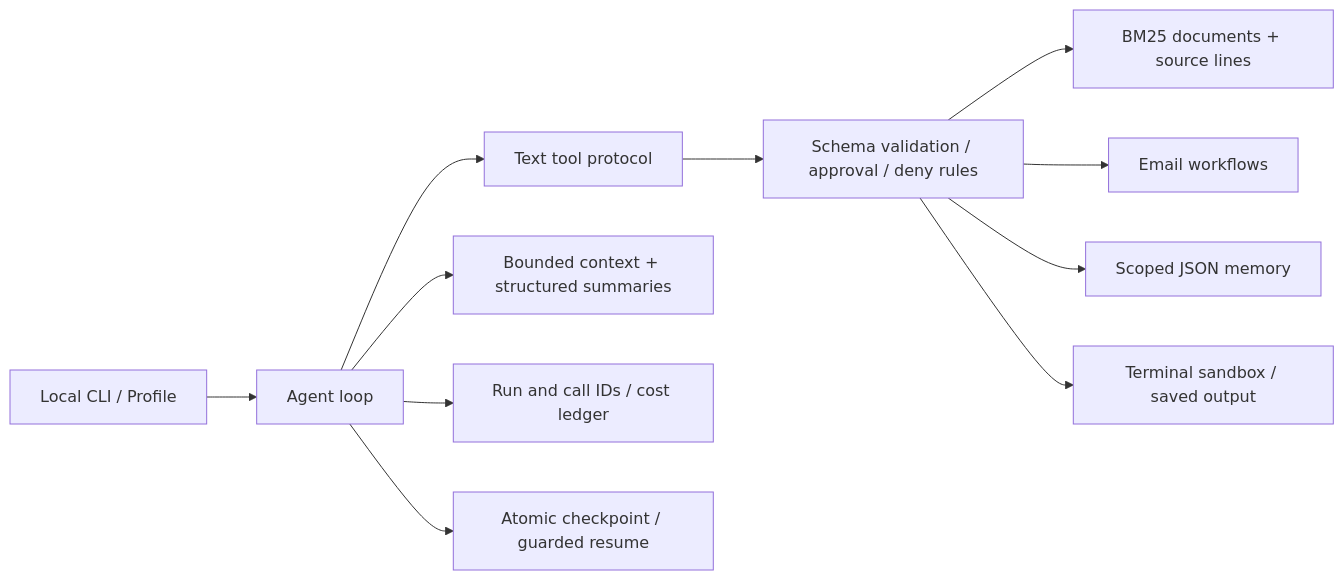
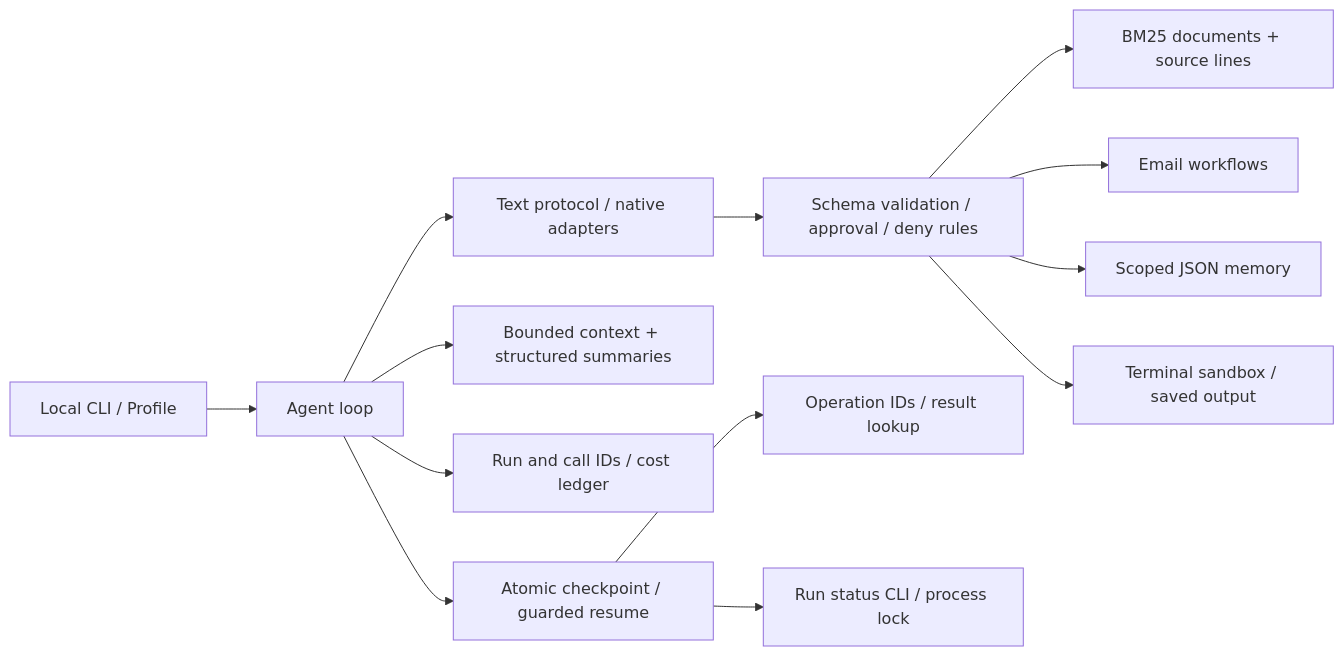
One commit to willamsc/agent-harness-from-scratch changed the diagram in README.md. Above: the diagram before and after it, drawn with Mermaid. The commit also changed other lines of this file and 39 other files, not shown here.

Commit message:
feat(harness): add operation reconciliation and native tool adapters

````diff
--- a/README.md
+++ b/README.md
@@ -130,13 +152,15 @@
 ```mermaid
 flowchart LR
     CLI[Local CLI / Profile] --> Loop[Agent loop]
-    Loop --> Protocol[Text tool protocol]
+    Loop --> Protocol[Text protocol / native adapters]
     Protocol --> Registry[Schema validation / approval / deny rules]
     Registry --> Docs[BM25 documents + source lines]
     Registry --> Email[Email workflows]
     Registry --> Memory[Scoped JSON memory]
     Registry --> Terminal[Terminal sandbox / saved output]
     Loop --> Context[Bounded context + structured summaries]
     Loop --> Trace[Run and call IDs / cost ledger]
     Loop --> Checkpoint[Atomic checkpoint / guarded resume]
+    Checkpoint --> Receipts[Operation IDs / result lookup]
+    Checkpoint --> Status[Run status CLI / process lock]
 ```
````
